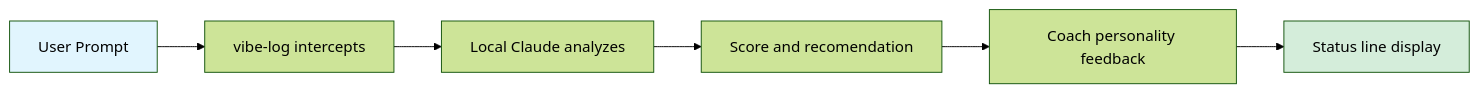
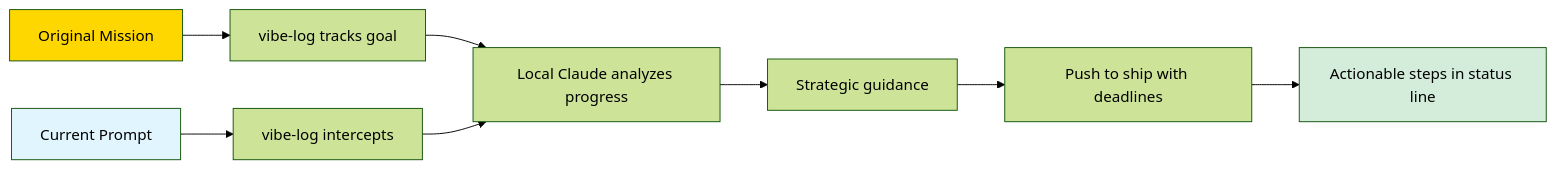
The second of 4 diagrams in README.md (vibe-log/vibe-log-cli), drawn with Mermaid (forest theme) before and after one commit. The commit also changed other lines of this file, not shown here.

First line of the commit message:
docs: update README to reflect enhanced status line capabilities

````diff
--- a/README.md
+++ b/README.md
@@ -79,11 +81,14 @@
 ```mermaid
 flowchart LR
-    Prompt[User Prompt] --> Intercept[vibe-log intercepts]
-    Intercept --> Analyze[Local Claude analyzes]
-    Analyze --> Score[Score and recomendation]
-    Score --> Coach[Coach personality feedback]
-    Coach --> Display[Status line display]
+    Mission[Original Mission] --> Track[vibe-log tracks goal]
+    Prompt[Current Prompt] --> Intercept[vibe-log intercepts]
+    Track --> Analyze[Local Claude analyzes progress]
+    Intercept --> Analyze
+    Analyze --> Strategy[Strategic guidance]
+    Strategy --> Push[Push to ship with deadlines]
+    Push --> Display[Actionable steps in status line]
     
+    style Mission fill:#ffd700
     style Prompt fill:#e1f5fe
     style Display fill:#d4edda
 ```
````
